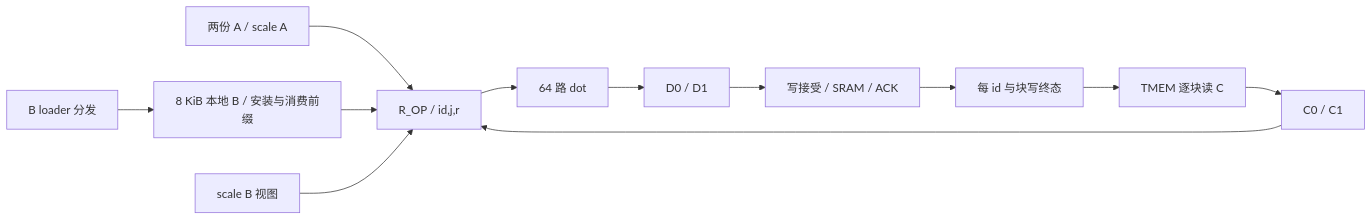
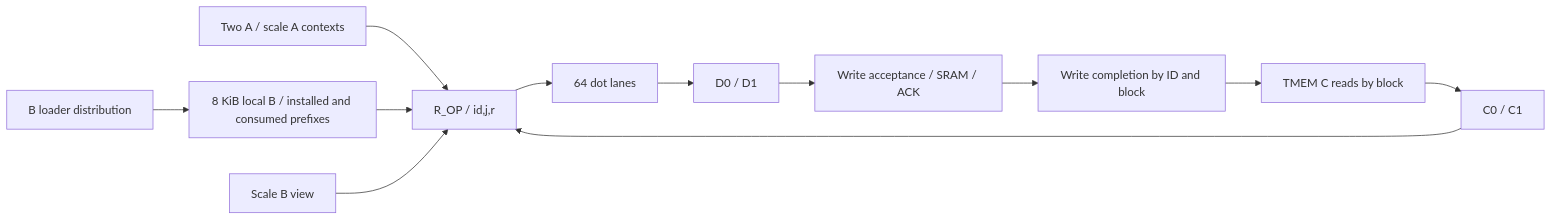
Before and after one commit to yuhin777/Allegro: the diagram in doc/rtl_specs/tensor_core/blackwell_tc_mma_core.md, drawn with Mermaid. The commit also changed other lines of this file and 45 other files, not shown here.

````diff
--- a/doc/rtl_specs/tensor_core/blackwell_tc_mma_core.md
+++ b/doc/rtl_specs/tensor_core/blackwell_tc_mma_core.md
@@ -20,10 +20,10 @@
 ```mermaid
 flowchart LR
- A[两份 A / scale A] --> OP[R_OP / id,j,r]
- BL[B loader 分发] --> B[8 KiB 本地 B / 安装与消费前缀] --> OP
- TM[TMEM 逐块读 C] --> C[C0 / C1] --> OP
- SB[scale B 视图] --> OP
- OP --> DOT[64 路 dot] --> D[D0 / D1]
- D --> W[写接受 / SRAM / ACK]
- W --> DEP[每 id 与块写终态] --> TM
+ A["Two A / scale A contexts"] --> OP[R_OP / id,j,r]
+ BL["B loader distribution"] --> B["8 KiB local B / installed and consumed prefixes"] --> OP
+ TM["TMEM C reads by block"] --> C[C0 / C1] --> OP
+ SB["Scale B view"] --> OP
+ OP --> DOT["64 dot lanes"] --> D[D0 / D1]
+ D --> W["Write acceptance / SRAM / ACK"]
+ W --> DEP["Write completion by ID and block"] --> TM
 ```
````
